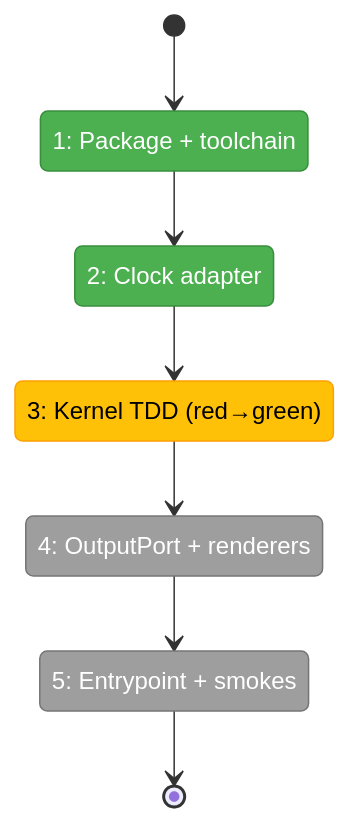
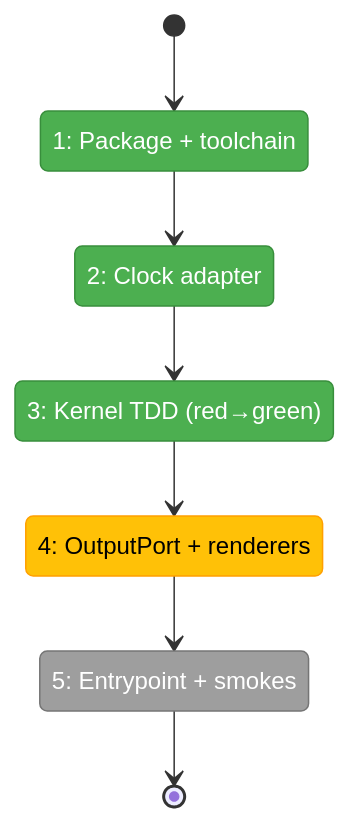
The first of 2 diagrams in docs/plans/004-harness-core/tasks/phase-1-package-scaffold-engineering-kernel/tasks.fltplan.md (AI-Substrate/harness-engineering), drawn with Mermaid before and after one commit. The commit also changed other lines of this file and 7 other files, not shown here.

````diff
--- a/docs/plans/004-harness-core/tasks/phase-1-package-scaffold-engineering-kernel/tasks.fltplan.md
+++ b/docs/plans/004-harness-core/tasks/phase-1-package-scaffold-engineering-kernel/tasks.fltplan.md
@@ -39,24 +39,24 @@
 ```mermaid
 stateDiagram-v2
     classDef pending fill:#9E9E9E,stroke:#757575,color:#fff
     classDef active fill:#FFC107,stroke:#FFA000,color:#000
     classDef done fill:#4CAF50,stroke:#388E3C,color:#fff
     classDef blocked fill:#F44336,stroke:#D32F2F,color:#fff
 
     state "1: Package + toolchain" as S1
     state "2: Clock adapter" as S2
     state "3: Kernel TDD (red→green)" as S3
     state "4: OutputPort + renderers" as S4
     state "5: Entrypoint + smokes" as S5
 
     [*] --> S1
     S1 --> S2
     S2 --> S3
     S3 --> S4
     S4 --> S5
     S5 --> [*]
 
-    class S1,S2 done
-    class S3 active
-    class S4,S5 pending
+    class S1,S2,S3 done
+    class S4 active
+    class S5 pending
 ```
````
